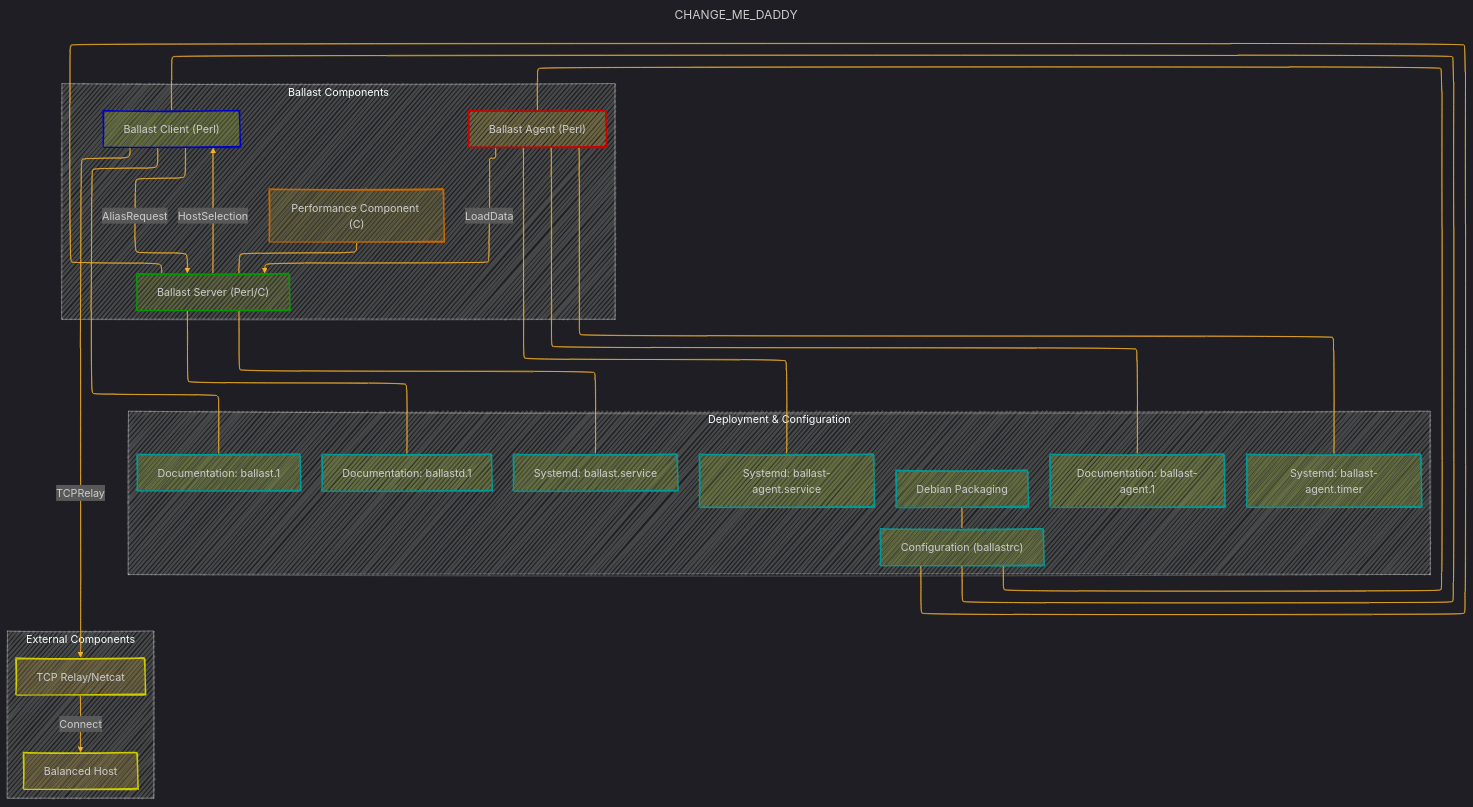
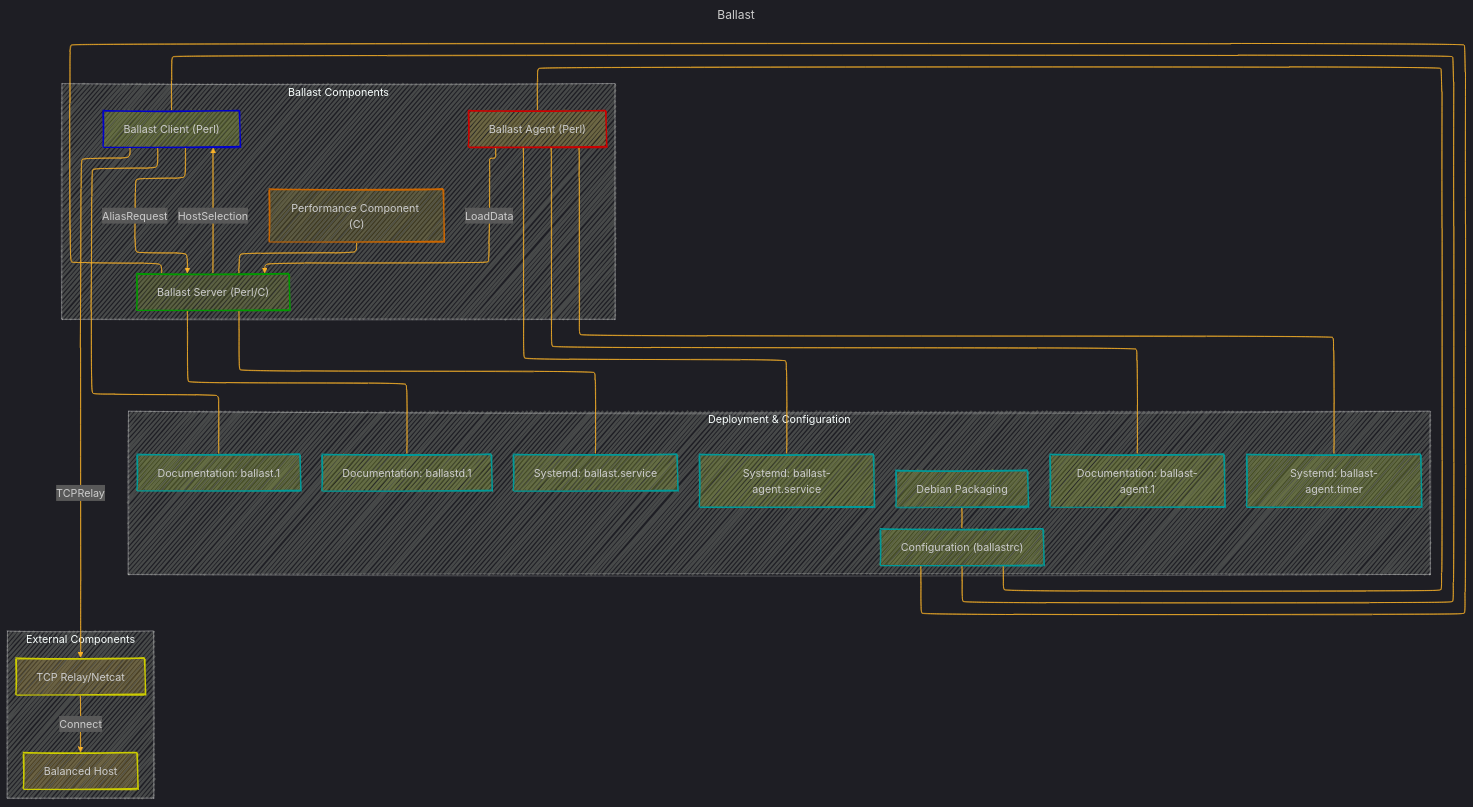
The diagram in NASA/ballast.md (CongLeSolutionX/ArchExplorer), drawn with Mermaid before and after one commit. The commit also changed 2 other files, not shown here.

Commit message:
add more notes and update code

````diff
--- a/NASA/ballast.md
+++ b/NASA/ballast.md
@@ -26,6 +26,6 @@
 ```mermaid
 ---
-title: "CHANGE_ME_DADDY"
+title: "Ballast"
 author: "Cong Le"
 version: "1.0"
 license(s): "MIT, CC BY 4.0"
````
